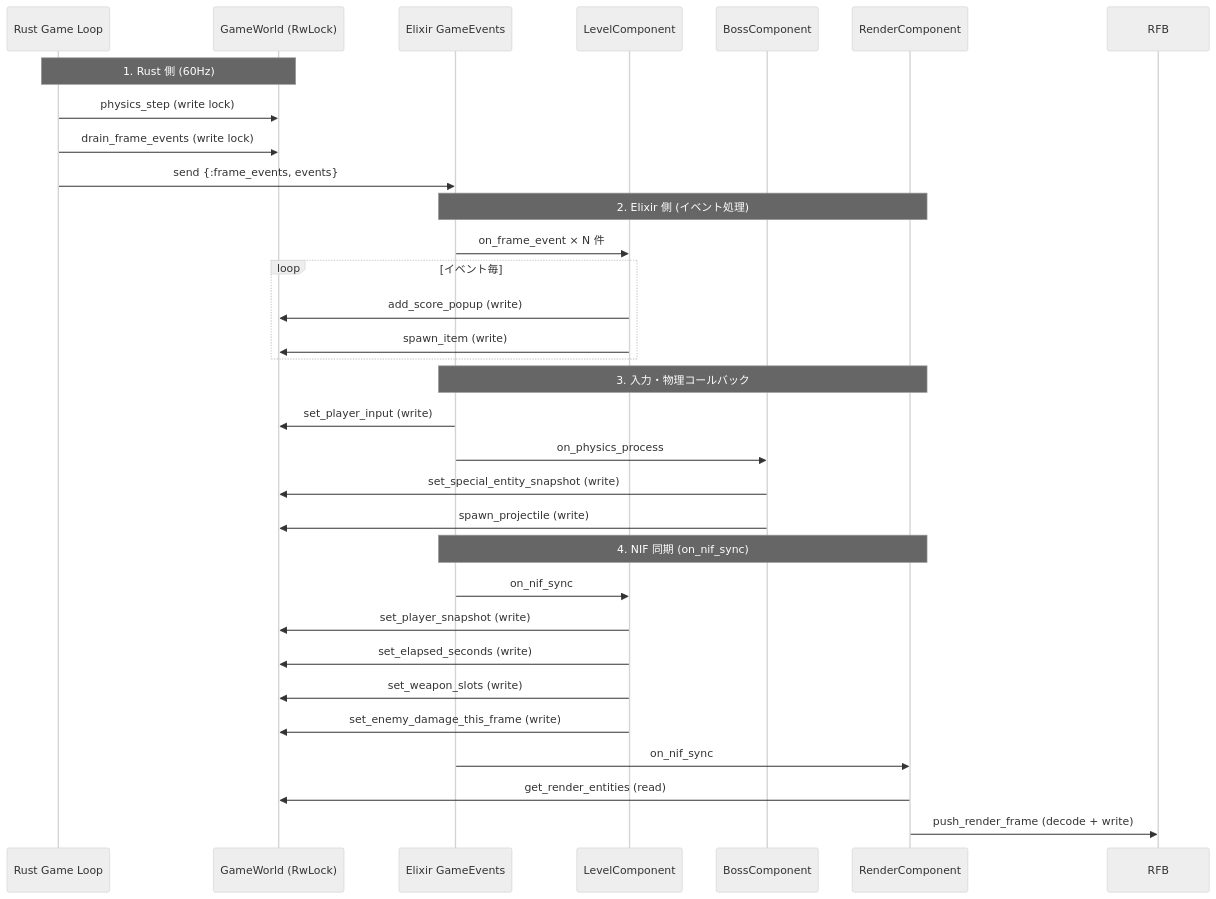
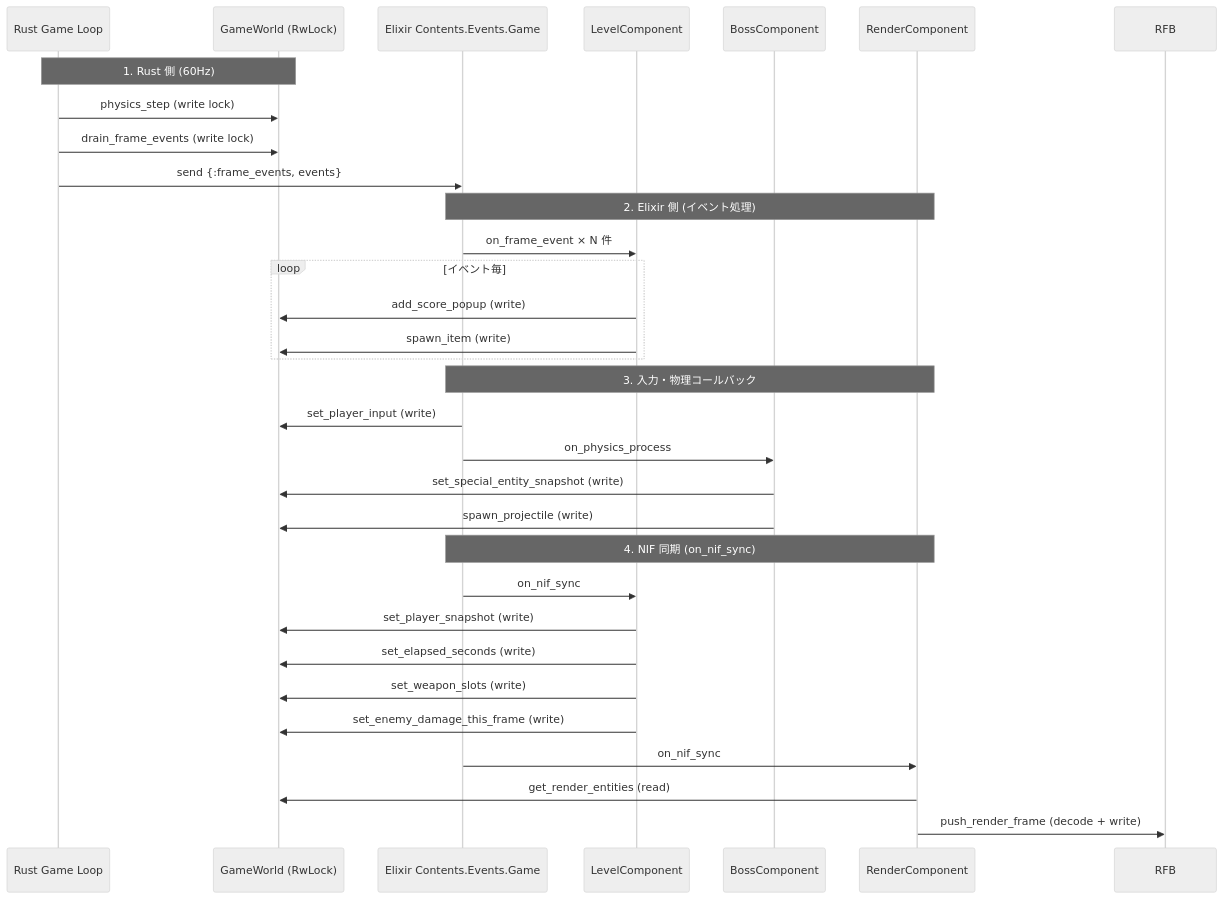
One commit to FRICK-ELDY/alchemy-engine changed the second of 7 diagrams in docs/architecture/contents-to-physics-bottlenecks.md. Above: the diagram before and after it, drawn with Mermaid (neutral theme). The commit also changed other lines of this file and 21 other files, not shown here.

````diff
--- a/docs/architecture/contents-to-physics-bottlenecks.md
+++ b/docs/architecture/contents-to-physics-bottlenecks.md
@@ -63,38 +65,38 @@
 ```mermaid
 sequenceDiagram
     participant RGL as Rust Game Loop
     participant GW as GameWorld (RwLock)
-    participant E as Elixir GameEvents
+    participant E as Elixir Contents.Events.Game
     participant LC as LevelComponent
     participant BC as BossComponent
     participant RC as RenderComponent
     
     Note over RGL,GW: 1. Rust 側 (60Hz)
     RGL->>GW: physics_step (write lock)
     RGL->>GW: drain_frame_events (write lock)
     RGL->>E: send {:frame_events, events}
     
     Note over E,RC: 2. Elixir 側 (イベント処理)
     E->>LC: on_frame_event × N 件
     loop イベント毎
         LC->>GW: add_score_popup (write)
         LC->>GW: spawn_item (write)
     end
     
     Note over E,RC: 3. 入力・物理コールバック
     E->>GW: set_player_input (write)
     E->>BC: on_physics_process
     BC->>GW: set_special_entity_snapshot (write)
     BC->>GW: spawn_projectile (write)
     
     Note over E,RC: 4. NIF 同期 (on_nif_sync)
     E->>LC: on_nif_sync
     LC->>GW: set_player_snapshot (write)
     LC->>GW: set_elapsed_seconds (write)
     LC->>GW: set_weapon_slots (write)
     LC->>GW: set_enemy_damage_this_frame (write)
     
     E->>RC: on_nif_sync
     RC->>GW: get_render_entities (read)
     RC->>RFB: push_render_frame (decode + write)
 ```
````
